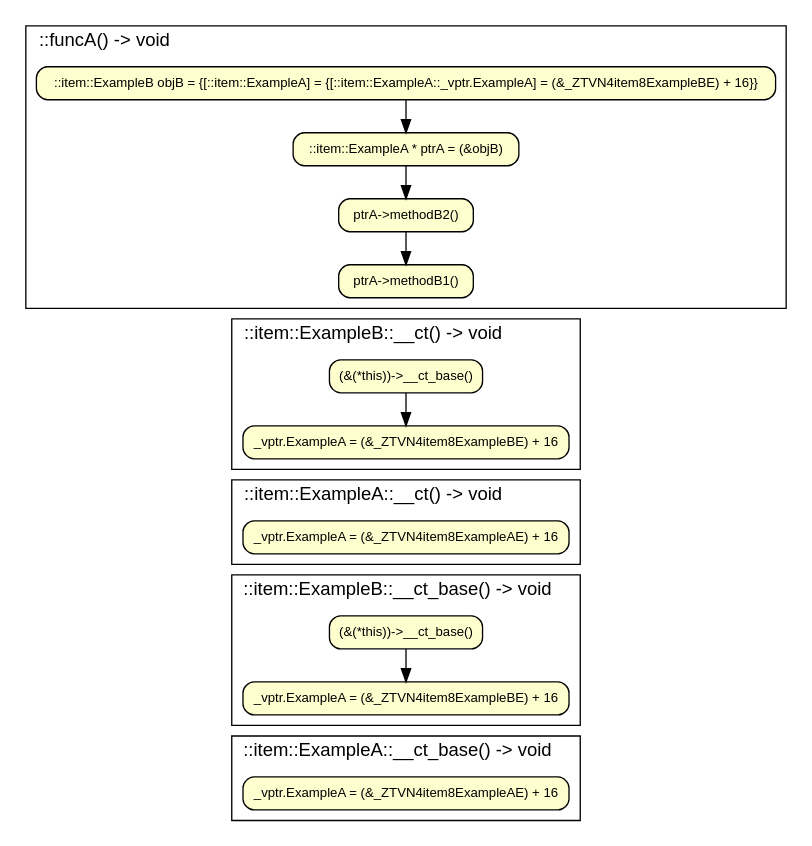
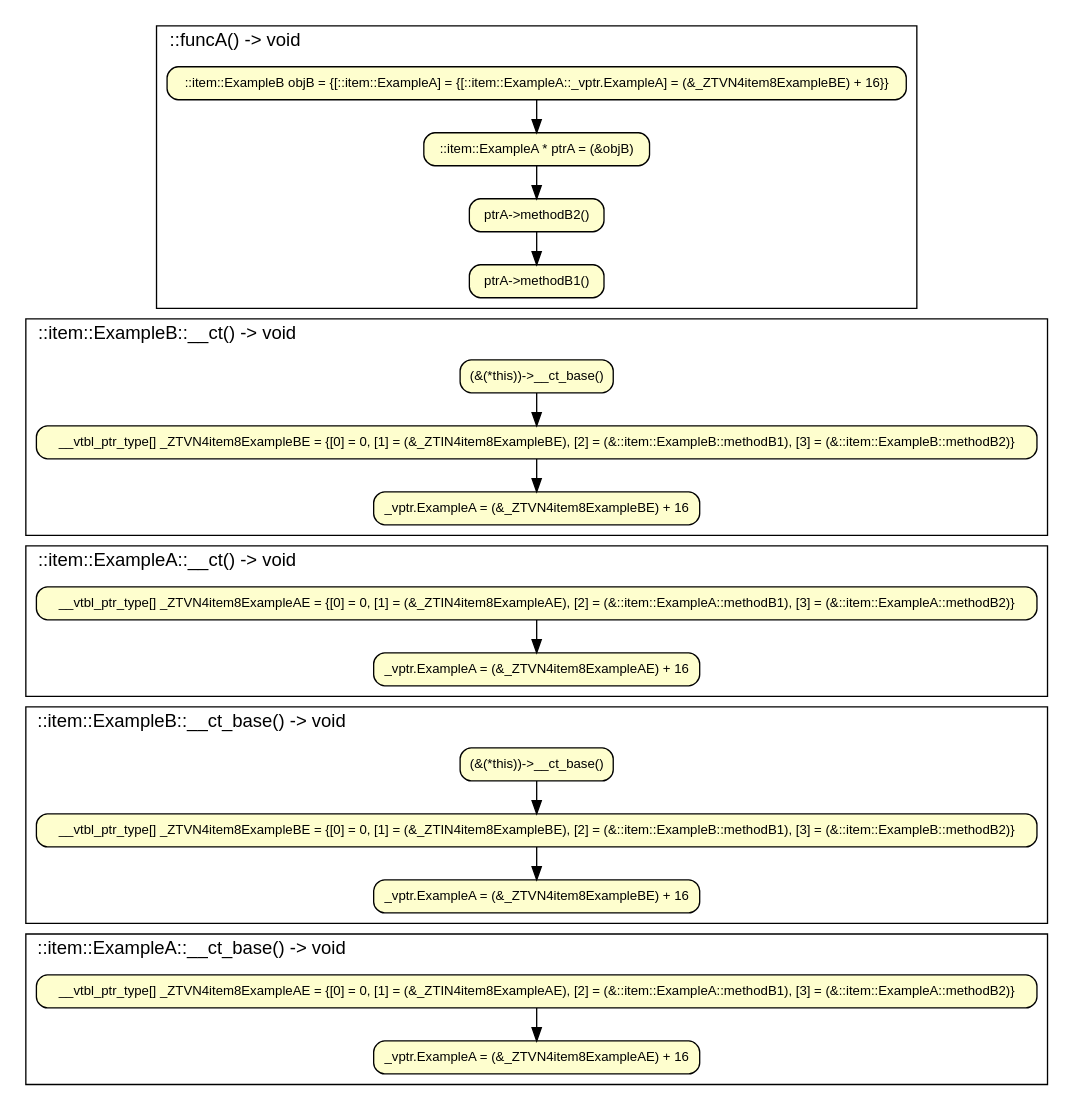
The diagram in examples/ctrlflowgraph/ctrl_ptr.cpp.dot (anetczuk/gcc-uml), drawn with Graphviz before and after one commit. The commit also changed 13 other files, not shown here.

```diff
--- a/examples/ctrlflowgraph/ctrl_ptr.cpp.dot
+++ b/examples/ctrlflowgraph/ctrl_ptr.cpp.dot
@@ -1,56 +1,64 @@
 digraph {
 	fontname="SansSerif,sans-serif" labeljust=l nojustify=true ranksep=0.35
 	node [fillcolor="#fefece" fontname="SansSerif,sans-serif" fontsize=10 height=0.35 shape=box style="filled, rounded"]
 	subgraph cluster_item_0 {
 		graph [label="::funcA() -> void"]
 		item_1 [label="::item::ExampleB objB = {[::item::ExampleA] = {[::item::ExampleA::_vptr.ExampleA] = (&_ZTVN4item8ExampleBE) + 16}}"]
 		item_2 [label="::item::ExampleA * ptrA = (&objB)"]
 		item_1 -> item_2
 		item_3 [label="ptrA->methodB2()"]
 		item_2 -> item_3
 		item_4 [label="ptrA->methodB1()"]
 		item_3 -> item_4
 	}
 	subgraph cluster_item_5 {
 		graph [label="::item::ExampleA::methodB1() -> void"]
 	}
 	subgraph cluster_item_6 {
 		graph [label="::item::ExampleB::methodB1() -> void"]
 	}
 	subgraph cluster_item_7 {
 		graph [label="::item::ExampleA::methodB2() -> void"]
 	}
 	subgraph cluster_item_8 {
 		graph [label="::item::ExampleB::methodB2() -> void"]
 	}
 	subgraph cluster_item_9 {
 		graph [label="::item::ExampleB::__ct() -> void"]
 		item_10 [label="(&(*this))->__ct_base()"]
-		item_11 [label="_vptr.ExampleA = (&_ZTVN4item8ExampleBE) + 16"]
+		item_11 [label="__vtbl_ptr_type[] _ZTVN4item8ExampleBE = {[0] = 0, [1] = (&_ZTIN4item8ExampleBE), [2] = (&::item::ExampleB::methodB1), [3] = (&::item::ExampleB::methodB2)}"]
 		item_10 -> item_11
+		item_12 [label="_vptr.ExampleA = (&_ZTVN4item8ExampleBE) + 16"]
+		item_11 -> item_12
 	}
 	item_4 -> item_10 [style=invis]
-	subgraph cluster_item_12 {
+	subgraph cluster_item_13 {
 		graph [label="::item::ExampleA::__ct() -> void"]
-		item_13 [label="_vptr.ExampleA = (&_ZTVN4item8ExampleAE) + 16"]
+		item_14 [label="__vtbl_ptr_type[] _ZTVN4item8ExampleAE = {[0] = 0, [1] = (&_ZTIN4item8ExampleAE), [2] = (&::item::ExampleA::methodB1), [3] = (&::item::ExampleA::methodB2)}"]
+		item_15 [label="_vptr.ExampleA = (&_ZTVN4item8ExampleAE) + 16"]
+		item_14 -> item_15
 	}
-	item_11 -> item_13 [style=invis]
-	subgraph cluster_item_14 {
+	item_12 -> item_14 [style=invis]
+	subgraph cluster_item_16 {
 		graph [label="::item::ExampleB::__ct_base() -> void"]
-		item_15 [label="(&(*this))->__ct_base()"]
-		item_16 [label="_vptr.ExampleA = (&_ZTVN4item8ExampleBE) + 16"]
-		item_15 -> item_16
+		item_17 [label="(&(*this))->__ct_base()"]
+		item_18 [label="__vtbl_ptr_type[] _ZTVN4item8ExampleBE = {[0] = 0, [1] = (&_ZTIN4item8ExampleBE), [2] = (&::item::ExampleB::methodB1), [3] = (&::item::ExampleB::methodB2)}"]
+		item_17 -> item_18
+		item_19 [label="_vptr.ExampleA = (&_ZTVN4item8ExampleBE) + 16"]
+		item_18 -> item_19
 	}
-	item_13 -> item_15 [style=invis]
-	subgraph cluster_item_17 {
+	item_15 -> item_17 [style=invis]
+	subgraph cluster_item_20 {
 		graph [label="::item::ExampleA::__ct_base() -> void"]
-		item_18 [label="_vptr.ExampleA = (&_ZTVN4item8ExampleAE) + 16"]
+		item_21 [label="__vtbl_ptr_type[] _ZTVN4item8ExampleAE = {[0] = 0, [1] = (&_ZTIN4item8ExampleAE), [2] = (&::item::ExampleA::methodB1), [3] = (&::item::ExampleA::methodB2)}"]
+		item_22 [label="_vptr.ExampleA = (&_ZTVN4item8ExampleAE) + 16"]
+		item_21 -> item_22
 	}
-	item_16 -> item_18 [style=invis]
-	subgraph cluster_item_19 {
+	item_19 -> item_21 [style=invis]
+	subgraph cluster_item_23 {
 		graph [label="::item::ExampleB::__ct_comp() -> void"]
 	}
-	subgraph cluster_item_20 {
+	subgraph cluster_item_24 {
 		graph [label="::item::ExampleA::__ct_comp() -> void"]
 	}
 }
```
